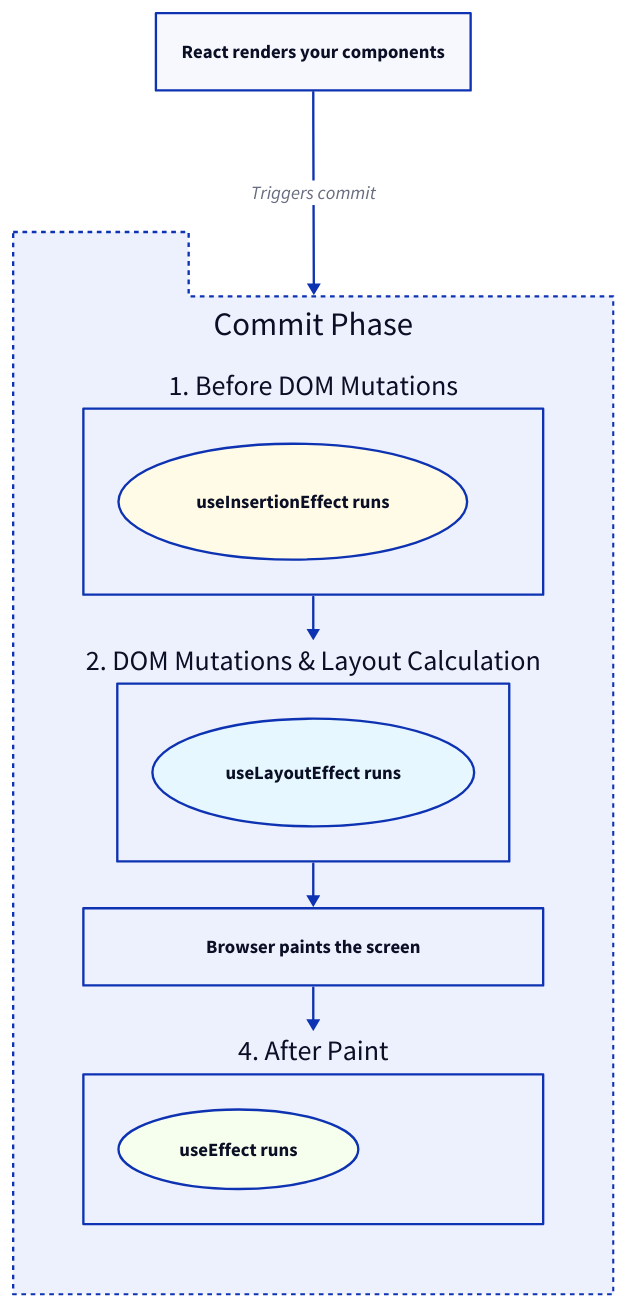
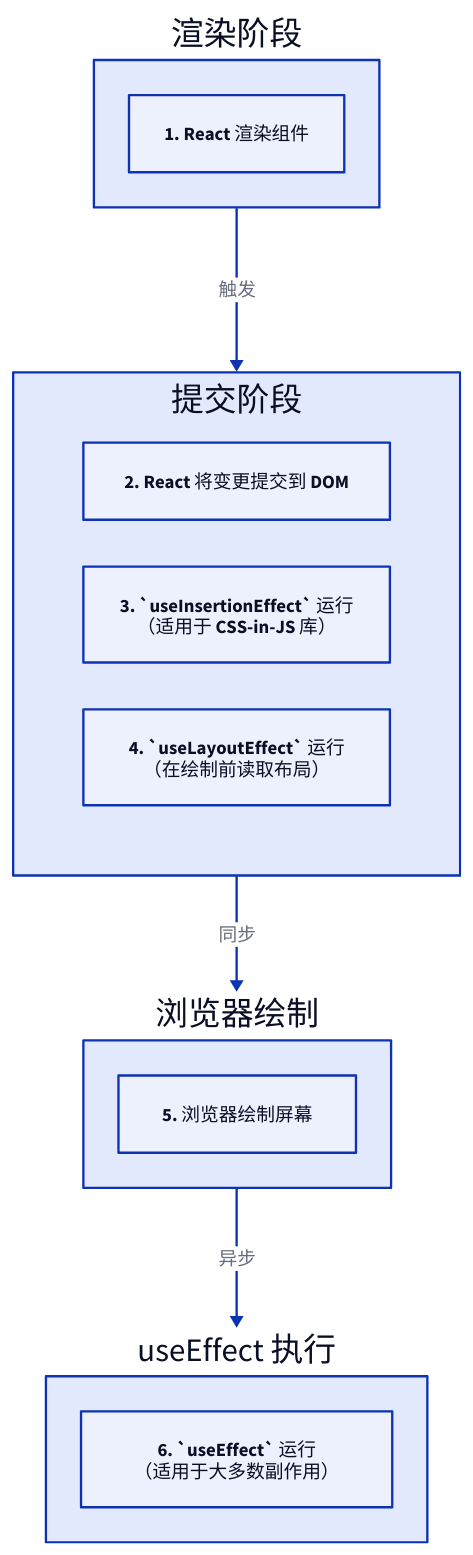
One commit to lban2049/react changed the diagram in packages/react/.aigne/doc-smith/docs/hooks-effect.zh.md. Above: the diagram before and after it, drawn with D2. The commit also changed other lines of this file and 46 other files, not shown here.

````diff
--- a/packages/react/.aigne/doc-smith/docs/hooks-effect.zh.md
+++ b/packages/react/.aigne/doc-smith/docs/hooks-effect.zh.md
@@ -154,52 +7,41 @@
 ```d2
 direction: down
 
-"Render Phase": {
+Render-Phase: {
+  label: "渲染阶段"
   shape: rectangle
-  label: "React renders your components"
+  "1. React 渲染组件"
 }
 
-"Commit Phase": {
-  shape: package
+Commit-Phase: {
+  label: "提交阶段"
+  shape: rectangle
   grid-columns: 1
-  style.stroke-dash: 2
 
-  "1. Before DOM Mutations": {
-    shape: rectangle
-    
-    "useInsertionEffect runs": {
-      shape: oval
-      style.fill: "#fffbe6"
-    }
+  "2. React 将变更提交到 DOM"
+
+  useInsertionEffect-run: {
+    label: "3. `useInsertionEffect` 运行\n（适用于 CSS-in-JS 库）"
   }
 
-  "2. DOM Mutations & Layout Calculation": {
-    shape: rectangle
-
-    "useLayoutEffect runs": {
-      shape: oval
-      style.fill: "#e6f7ff"
-    }
-  }
-
-  "3. Browser Painting": {
-    shape: rectangle
-    label: "Browser paints the screen"
-  }
-  
-  "4. After Paint": {
-    shape: rectangle
-    
-    "useEffect runs": {
-      shape: oval
-      style.fill: "#f6ffed"
-    }
+  useLayoutEffect-run: {
+    label: "4. `useLayoutEffect` 运行\n（在绘制前读取布局）"
   }
 }
 
-"Render Phase" -> "Commit Phase": "Triggers commit"
-"Commit Phase"."1. Before DOM Mutations" -> "Commit Phase"."2. DOM Mutations & Layout Calculation"
-"Commit Phase"."2. DOM Mutations & Layout Calculation" -> "Commit Phase"."3. Browser Painting"
-"Commit Phase"."3. Browser Painting" -> "Commit Phase"."4. After Paint"
+Browser-Paint: {
+  label: "浏览器绘制"
+  shape: rectangle
+  "5. 浏览器绘制屏幕"
+}
 
+useEffect-Execution: {
+  label: "useEffect 执行"
+  shape: rectangle
+  "6. `useEffect` 运行\n（适用于大多数副作用）"
+}
+
+Render-Phase -> Commit-Phase: "触发"
+Commit-Phase -> Browser-Paint: "同步"
+Browser-Paint -> useEffect-Execution: "异步"
 ```
````
